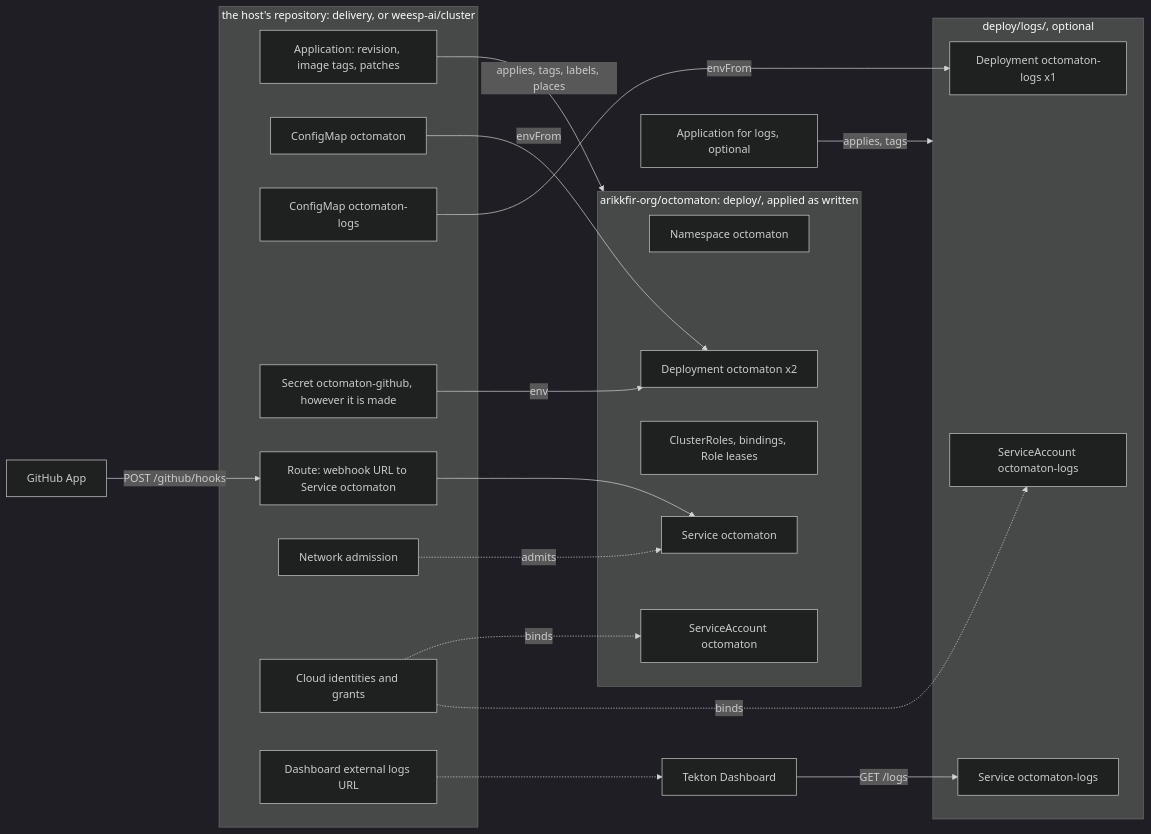
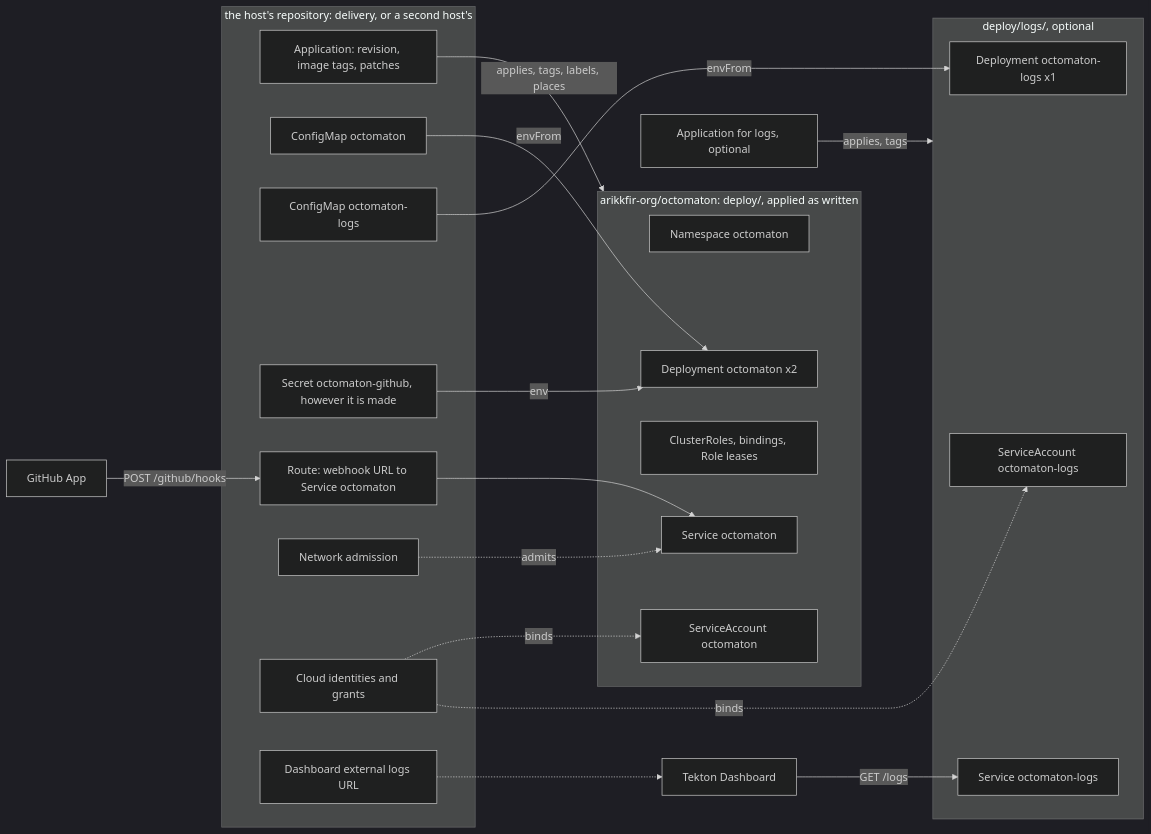
Before and after one commit to arikkfir-org/octomaton: the first of 2 diagrams in docs/octomaton/designs/host-agnostic.md, drawn with Mermaid (dark theme). The commit also changed other lines of this file and 5 other files, not shown here.

````diff
--- a/docs/octomaton/designs/host-agnostic.md
+++ b/docs/octomaton/designs/host-agnostic.md
@@ -44,36 +43,36 @@
 ```mermaid
 flowchart LR
   subgraph O["arikkfir-org/octomaton: deploy/, applied as written"]
     NS[Namespace octomaton]
     SA[ServiceAccount octomaton]
     RBAC[ClusterRoles, bindings, Role leases]
     D1[Deployment octomaton x2]
     SVC[Service octomaton]
   end
   subgraph L["deploy/logs/, optional"]
     SA2[ServiceAccount octomaton-logs]
     D2[Deployment octomaton-logs x1]
     SVC2[Service octomaton-logs]
   end
-  subgraph H["the host's repository: delivery, or weesp-ai/cluster"]
+  subgraph H["the host's repository: delivery, or a second host's"]
     APP[Application: revision, image tags, patches]
     CM1[ConfigMap octomaton]
     CM2[ConfigMap octomaton-logs]
     SEC[Secret octomaton-github, however it is made]
     RT[Route: webhook URL to Service octomaton]
     NP[Network admission]
     IAM[Cloud identities and grants]
     DASH[Dashboard external logs URL]
   end
   GH[GitHub App] -->|POST /github/hooks| RT --> SVC
   APP -->|applies, tags, labels, places| O
   APP2[Application for logs, optional] -->|applies, tags| L
   CM1 -->|envFrom| D1
   CM2 -->|envFrom| D2
   SEC -->|env| D1
   NP -.->|admits| SVC
   IAM -.->|binds| SA
   IAM -.->|binds| SA2
   TD[Tekton Dashboard] -->|GET /logs| SVC2
   DASH -.-> TD
 ```
````
